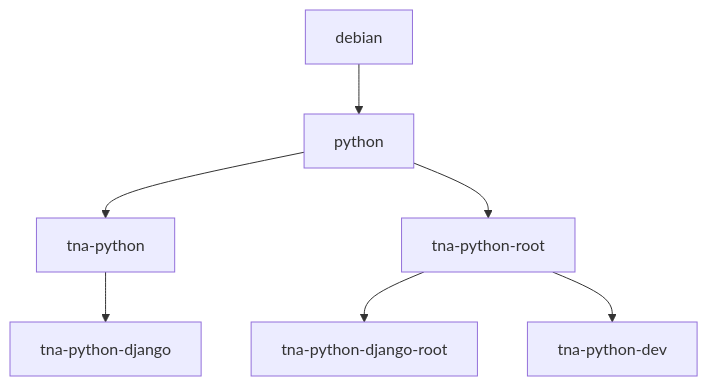
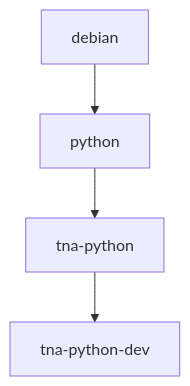
One commit to nationalarchives/docker changed the diagram in README.md. Above: the diagram before and after it, drawn with Mermaid. The commit also changed other lines of this file and 34 other files, not shown here.

````diff
--- a/README.md
+++ b/README.md
@@ -23,9 +20,6 @@
 ```mermaid
 graph TD;
     debian --> python;
     python --> tna-python;
-    python --> tna-python-root;
-    tna-python --> tna-python-django;
-    tna-python-root --> tna-python-django-root;
-    tna-python-root --> tna-python-dev;
+    tna-python --> tna-python-dev;
 ```
````
